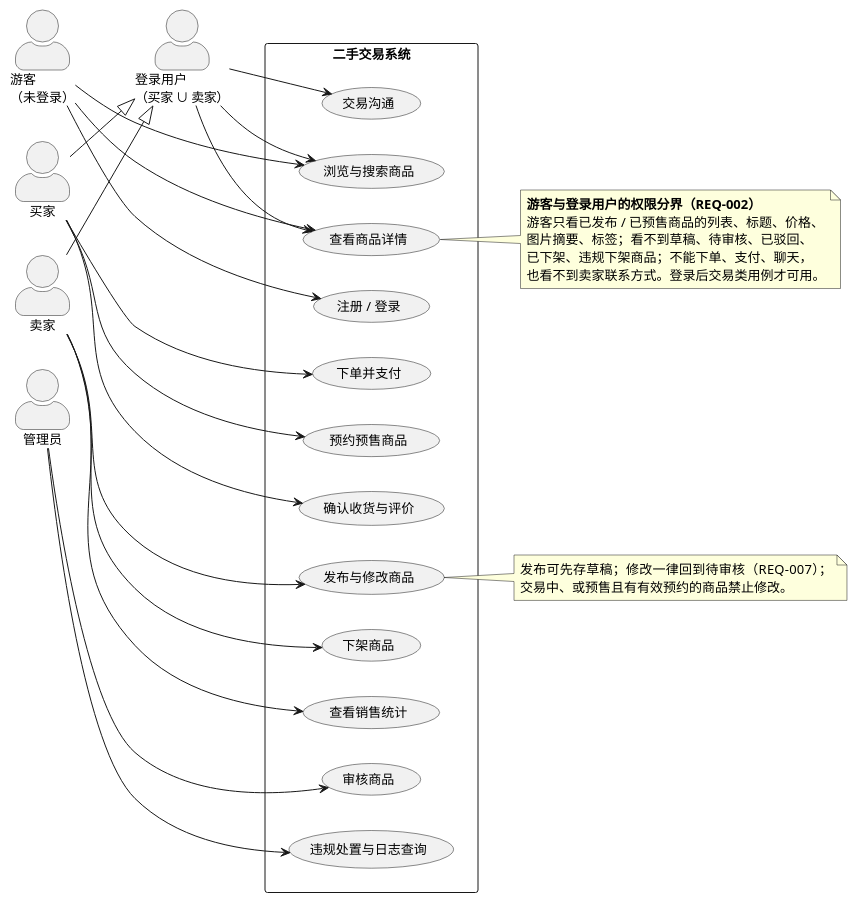
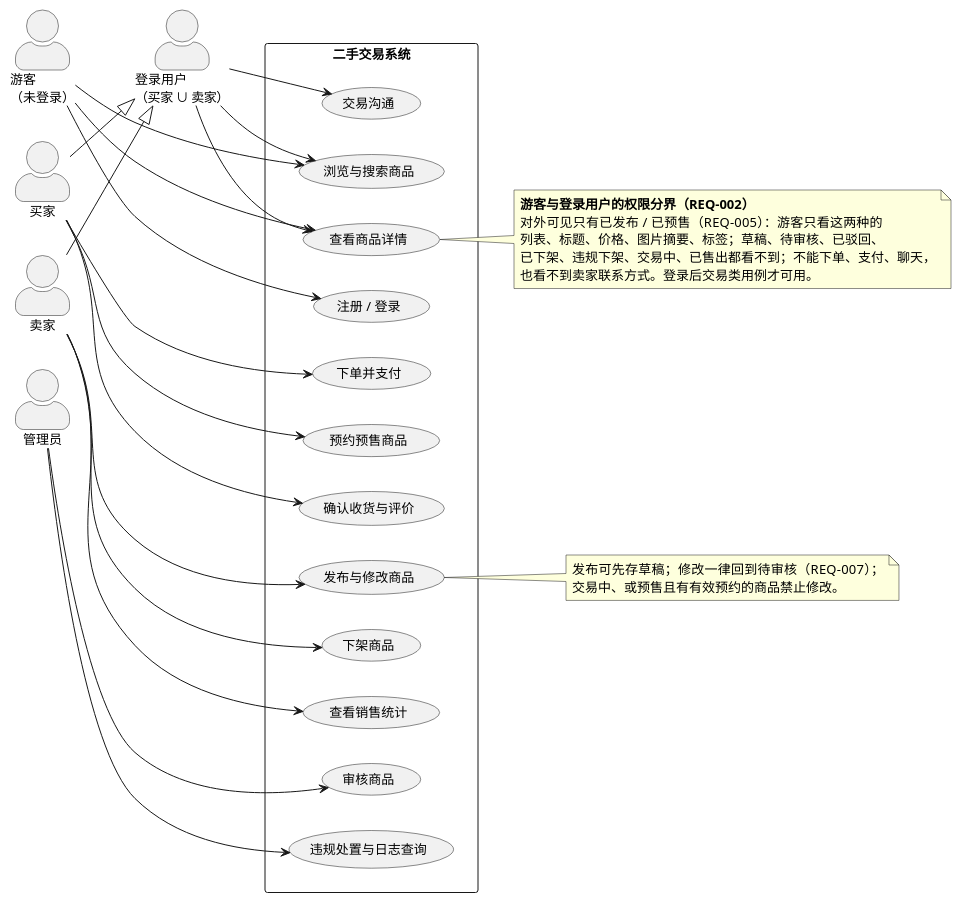
The diagram in lab02/UML/用例图.puml (XuHR233/SE-lab1-requirements), drawn with PlantUML before and after one commit. The commit also changed 1 other file, not shown here.

Commit message:
用例图注记同步最严可见性口径：交易中、已售出对游客与无关用户同样不可见

```diff
--- a/lab02/UML/用例图.puml
+++ b/lab02/UML/用例图.puml
@@ -1,71 +1,71 @@
 @startuml
 ' 实验二 · 二手交易系统 · 用例图
 ' 布局手法：together 把参与者钉成一列、把用例钉成一列
 left to right direction
 skinparam defaultFontName "Microsoft YaHei"
 skinparam defaultFontSize 13
 skinparam shadowing false
 skinparam actorStyle awesome
 skinparam packageStyle rectangle
 
 together {
   actor "游客\n（未登录）" as Guest
   actor "登录用户\n（买家 ∪ 卖家）" as Login
   actor "买家" as Buyer
   actor "卖家" as Seller
   actor "管理员" as Admin
 }
 
 rectangle "二手交易系统" {
   together {
     usecase "浏览与搜索商品" as UC01
     usecase "查看商品详情" as UC02
     usecase "注册 / 登录" as UC03
     usecase "交易沟通" as UC04
     usecase "下单并支付" as UC05
     usecase "预约预售商品" as UC06
     usecase "确认收货与评价" as UC07
     usecase "发布与修改商品" as UC08
     usecase "下架商品" as UC09
     usecase "查看销售统计" as UC10
     usecase "审核商品" as UC11
     usecase "违规处置与日志查询" as UC12
   }
 }
 
 Guest --> UC01
 Guest --> UC02
 Guest --> UC03
 
 Login --> UC01
 Login --> UC02
 Login --> UC04
 
 Buyer --> UC05
 Buyer --> UC06
 Buyer --> UC07
 
 Seller --> UC08
 Seller --> UC09
 Seller --> UC10
 
 Admin --> UC11
 Admin --> UC12
 
 Buyer --|> Login
 Seller --|> Login
 
 note right of UC02
   <b>游客与登录用户的权限分界（REQ-002）</b>
-  游客只看已发布 / 已预售商品的列表、标题、价格、
-  图片摘要、标签；看不到草稿、待审核、已驳回、
-  已下架、违规下架商品；不能下单、支付、聊天，
+  对外可见只有已发布 / 已预售（REQ-005）：游客只看这两种的
+  列表、标题、价格、图片摘要、标签；草稿、待审核、已驳回、
+  已下架、违规下架、交易中、已售出都看不到；不能下单、支付、聊天，
   也看不到卖家联系方式。登录后交易类用例才可用。
 end note
 
 note right of UC08
   发布可先存草稿；修改一律回到待审核（REQ-007）；
   交易中、或预售且有有效预约的商品禁止修改。
 end note
 
 @enduml
```
